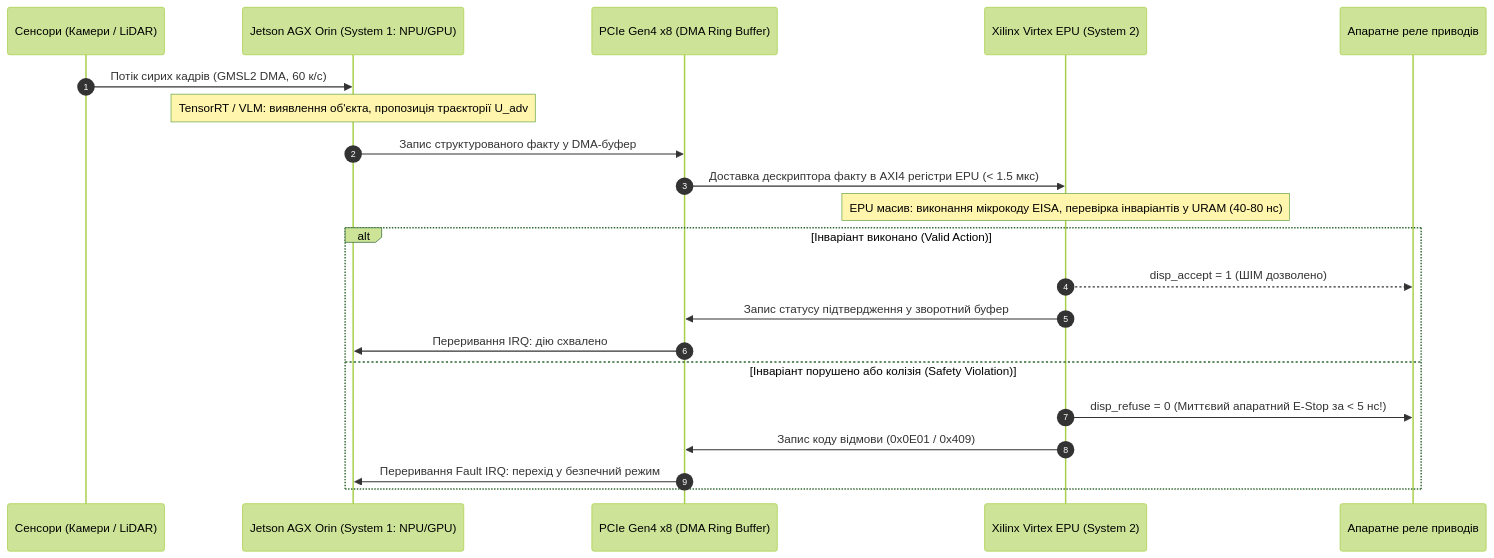
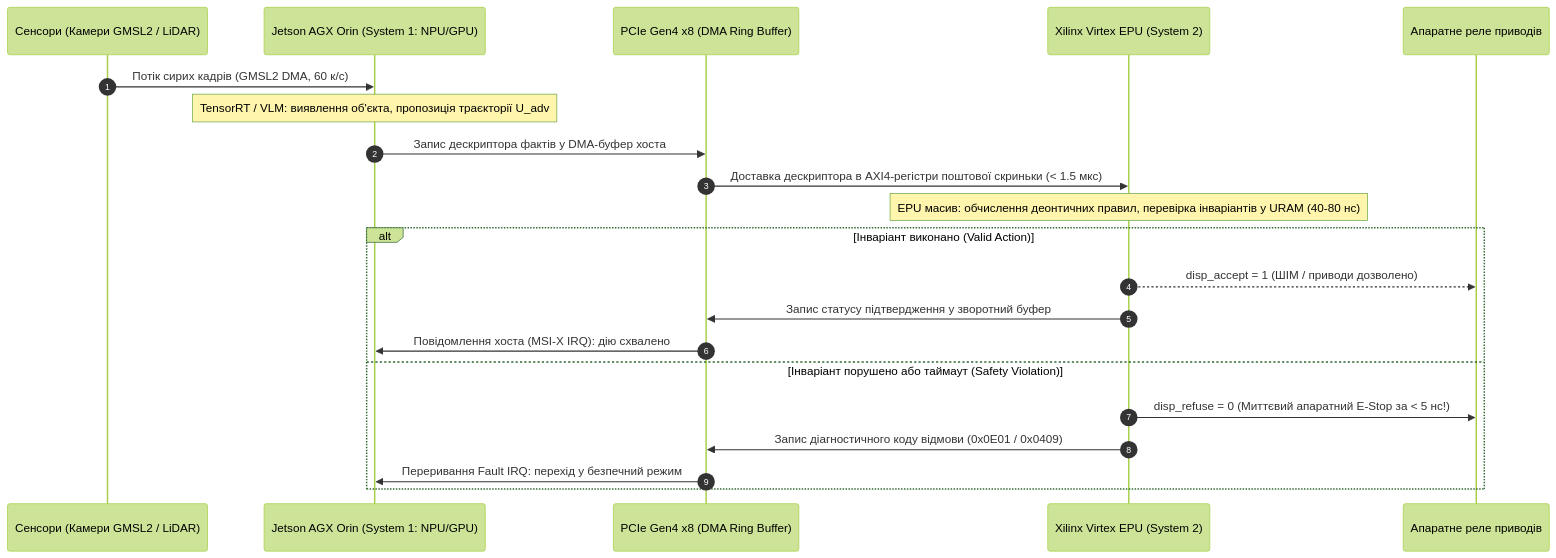
Before and after one commit to nick-fedchik/articles: the fourth of 10 diagrams in ExpertSystem/appendix-b-robotics-and-cyber-physical-systems.md, drawn with Mermaid (forest theme). The commit also changed other lines of this file, not shown here.

````diff
--- a/ExpertSystem/appendix-b-robotics-and-cyber-physical-systems.md
+++ b/ExpertSystem/appendix-b-robotics-and-cyber-physical-systems.md
@@ -232,24 +251,24 @@
 ```mermaid
 sequenceDiagram
     autonumber
-    participant Sensor as Сенсори (Камери / LiDAR)
+    participant Sensor as Сенсори (Камери GMSL2 / LiDAR)
     participant Orin as Jetson AGX Orin (System 1: NPU/GPU)
     participant PCIe as PCIe Gen4 x8 (DMA Ring Buffer)
     participant Virtex as Xilinx Virtex EPU (System 2)
     participant Actuator as Апаратне реле приводів
 
     Sensor->>Orin: Потік сирих кадрів (GMSL2 DMA, 60 к/с)
     Note over Orin: TensorRT / VLM: виявлення об'єкта, пропозиція траєкторії U_adv
-    Orin->>PCIe: Запис структурованого факту у DMA-буфер
-    PCIe->>Virtex: Доставка дескриптора факту в AXI4 регістри EPU (< 1.5 мкс)
-    Note over Virtex: EPU масив: виконання мікрокоду EISA, перевірка інваріантів у URAM (40-80 нс)
+    Orin->>PCIe: Запис дескриптора фактів у DMA-буфер хоста
+    PCIe->>Virtex: Доставка дескриптора в AXI4-регістри поштової скриньки (< 1.5 мкс)
+    Note over Virtex: EPU масив: обчислення деонтичних правил, перевірка інваріантів у URAM (40-80 нс)
     alt Інваріант виконано (Valid Action)
-        Virtex-->>Actuator: disp_accept = 1 (ШІМ дозволено)
+        Virtex-->>Actuator: disp_accept = 1 (ШІМ / приводи дозволено)
         Virtex->>PCIe: Запис статусу підтвердження у зворотний буфер
-        PCIe->>Orin: Переривання IRQ: дію схвалено
-    else Інваріант порушено або колізія (Safety Violation)
+        PCIe->>Orin: Повідомлення хоста (MSI-X IRQ): дію схвалено
+    else Інваріант порушено або таймаут (Safety Violation)
         Virtex->>Actuator: disp_refuse = 0 (Миттєвий апаратний E-Stop за < 5 нс!)
-        Virtex->>PCIe: Запис коду відмови (0x0E01 / 0x409)
+        Virtex->>PCIe: Запис діагностичного коду відмови (0x0E01 / 0x0409)
         PCIe->>Orin: Переривання Fault IRQ: перехід у безпечний режим
     end
 ```
````
